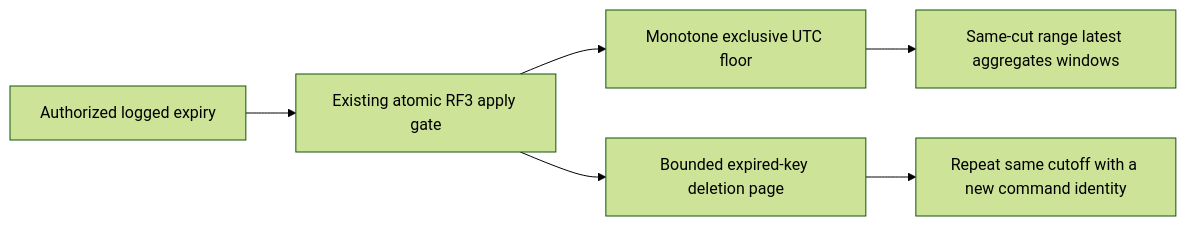
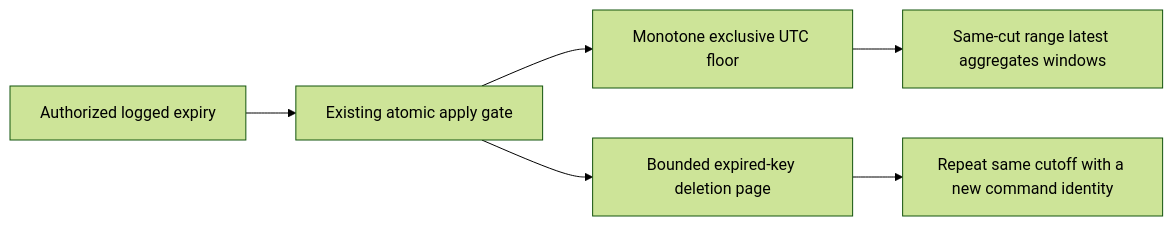
Before and after one commit to managedcode/KeyLoad: the diagram in docs/ADR/ADR-073-logged-series-retention.md, drawn with Mermaid (forest theme). The commit also changed other lines of this file and 7356 other files, not shown here.

````diff
--- a/docs/ADR/ADR-073-logged-series-retention.md
+++ b/docs/ADR/ADR-073-logged-series-retention.md
@@ -97,8 +60,8 @@
 ```mermaid
 flowchart LR
-    Command[Authorized logged expiry] --> Gate[Existing atomic RF3 apply gate]
+    Command[Authorized logged expiry] --> Gate[Existing atomic apply gate]
     Gate --> Floor[Monotone exclusive UTC floor]
     Gate --> Page[Bounded expired-key deletion page]
     Floor --> Reads[Same-cut range latest aggregates windows]
     Page --> Resume[Repeat same cutoff with a new command identity]
 ```
````
